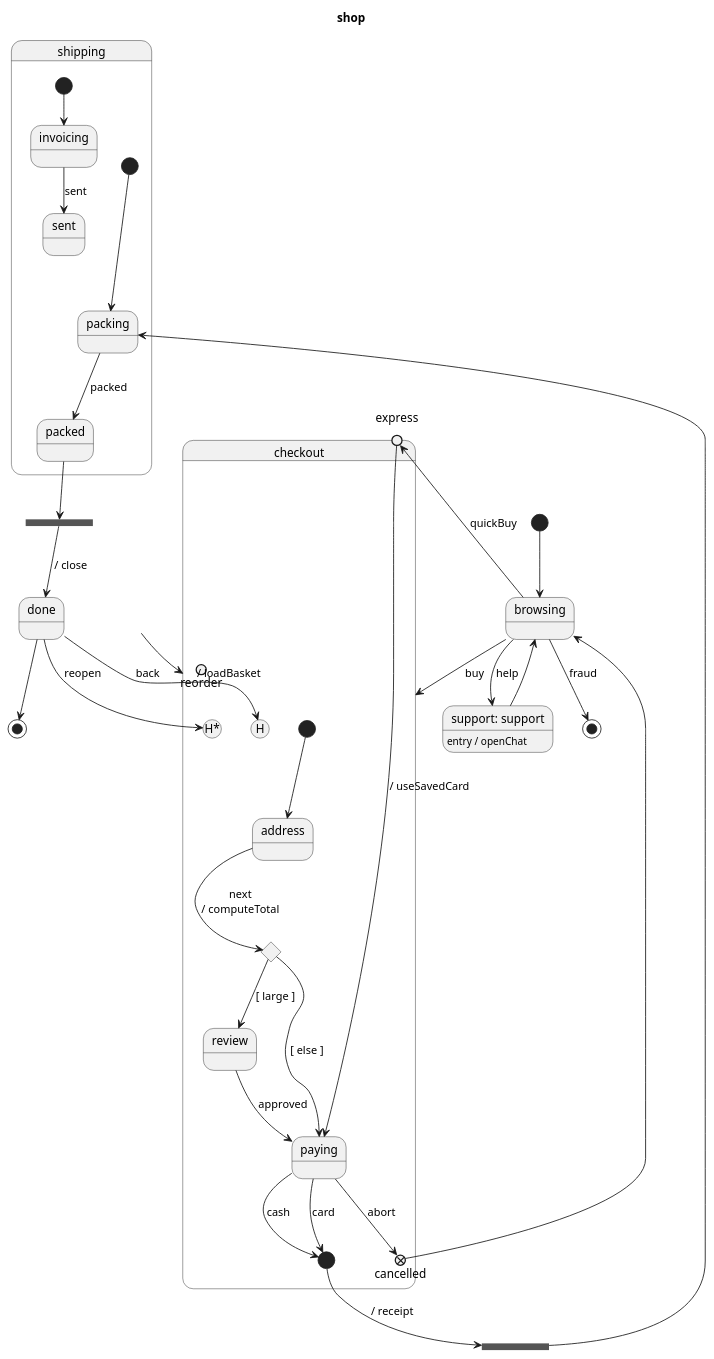
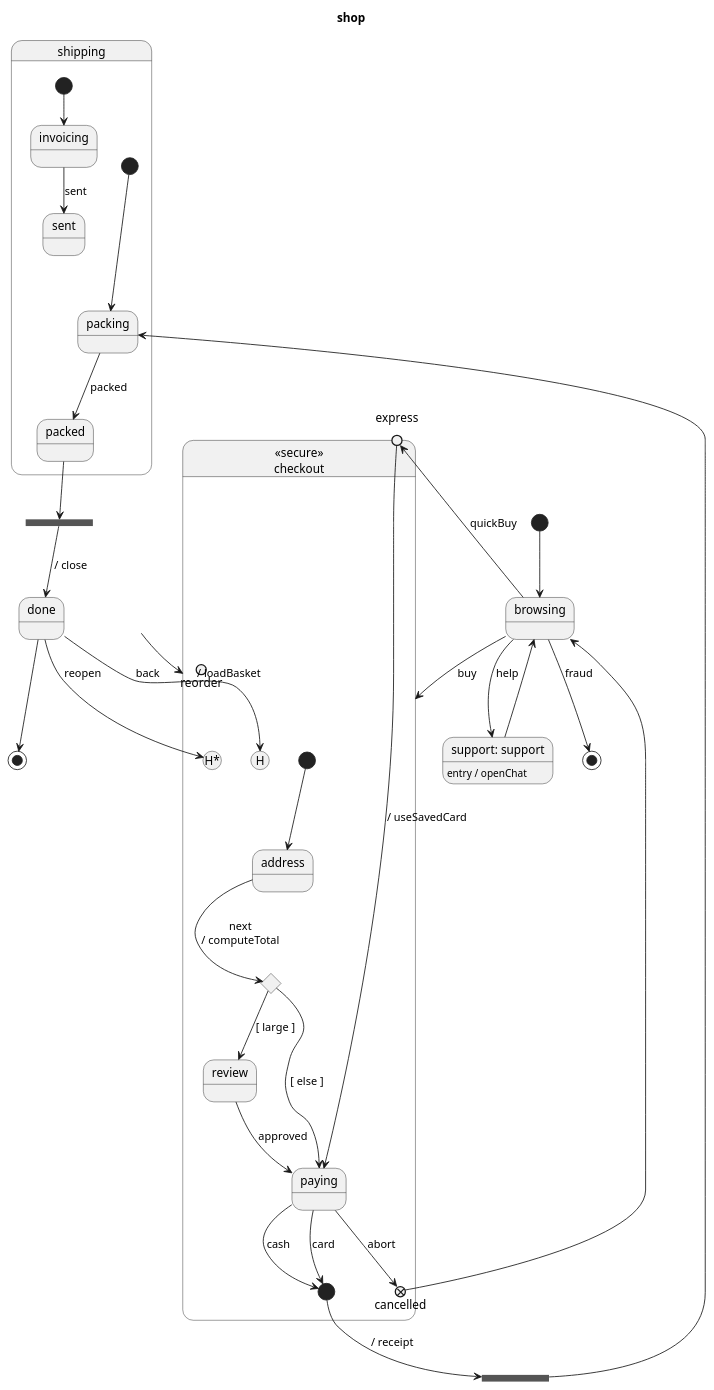
One commit to vincedupuis/transplantUML changed the diagram in example/shop.puml. Above: the diagram before and after it, drawn with PlantUML. The commit also changed 12 other files, not shown here.

```diff
--- a/example/shop.puml
+++ b/example/shop.puml
@@ -1,58 +1,58 @@
 @startuml
 title shop
 [*] --> browsing
 state reorder <<entryPoint>>
 state browsing
 state "support: support" as support
 support : entry / openChat
-state checkout {
+state "«secure»\ncheckout" as checkout <<secure>> {
     [*] --> address
     state express <<entryPoint>>
     state cancelled <<exitPoint>>
     state address
     state route <<choice>>
     state review
     state paying
     state paid <<start>>
     state "checkout.H-deep" as checkout_H_deep <<history*>>
     state "checkout.H" as checkout_H <<history>>
     express --> paying: / useSavedCard
     address --> route: next\n/ computeTotal
     route --> review: [ large ]
     route --> paying: [ else ]
     review --> paying: approved
     paying --> paid: cash
     paying --> paid: card
     paying --> cancelled: abort
 }
 state split <<fork>>
 state shipping {
     [*] --> packing
     state packing
     state packed
     packing --> packed: packed
     --
     [*] --> invoicing
     state invoicing
     state sent
     invoicing --> sent: sent
 }
 state merge <<join>>
 state done
 state terminate <<end>>
 state final <<end>>
 reorder --> checkout: / loadBasket
 browsing --> checkout: buy
 browsing --> express: quickBuy
 browsing --> terminate: fraud
 browsing --> support: help
 support --> browsing
 cancelled --> browsing
 paid --> split: / receipt
 split --> packing
 packed --> merge
 merge --> done: / close
 done --> checkout_H_deep: reopen
 done --> checkout_H: back
 done --> final
 @enduml
```
